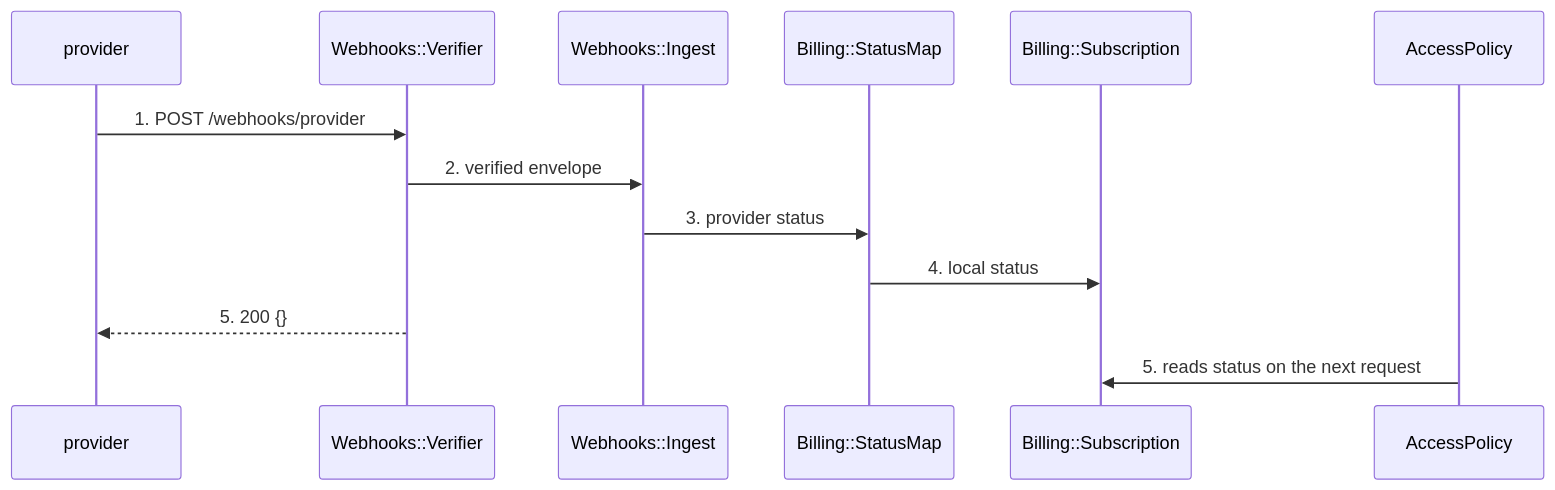
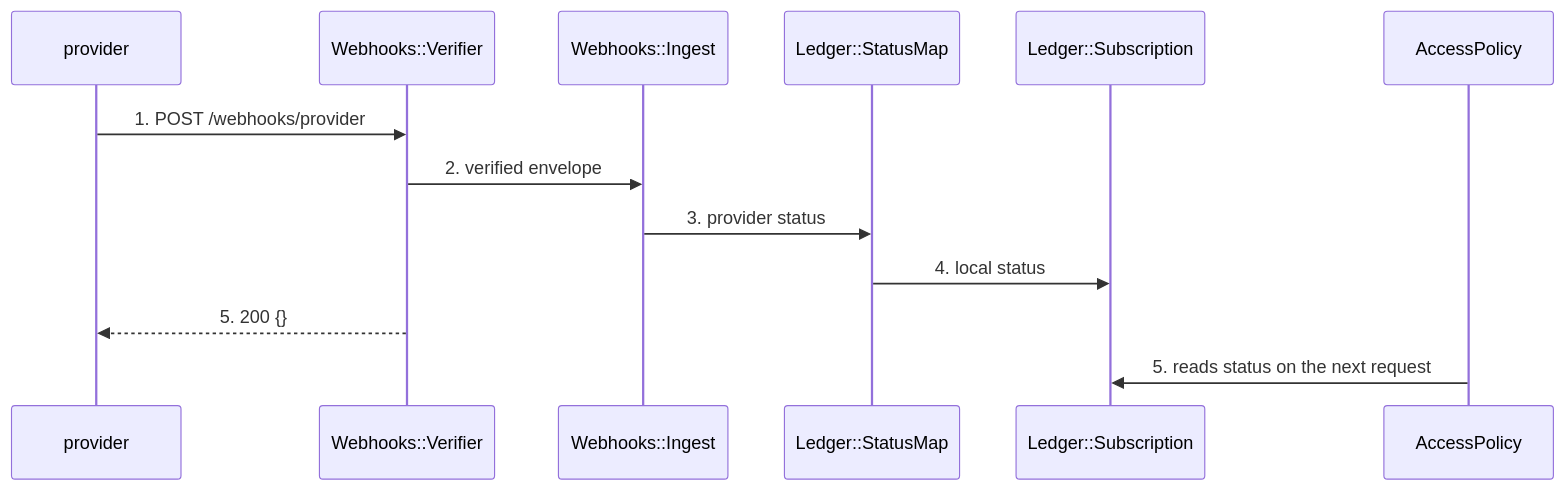
Before and after one commit to tech-leads-club/agent-skills: the first of 2 diagrams in packages/skills-catalog/skills/(development)/tlc-spec-driven/scripts/fixtures/plan.md, drawn with Mermaid. The commit also changed other lines of this file and 4 other files, not shown here.

````diff
--- a/packages/skills-catalog/skills/(development)/tlc-spec-driven/scripts/fixtures/plan.md
+++ b/packages/skills-catalog/skills/(development)/tlc-spec-driven/scripts/fixtures/plan.md
@@ -21,15 +21,15 @@
 ```mermaid
 sequenceDiagram
     participant P as provider
     participant V as Webhooks::Verifier
     participant I as Webhooks::Ingest
-    participant M as Billing::StatusMap
-    participant S as Billing::Subscription
+    participant M as Ledger::StatusMap
+    participant S as Ledger::Subscription
     participant A as AccessPolicy
     P->>V: 1. POST /webhooks/provider
     V->>I: 2. verified envelope
     I->>M: 3. provider status
     M->>S: 4. local status
     V-->>P: 5. 200 {}
     A->>S: 5. reads status on the next request
 ```
````
